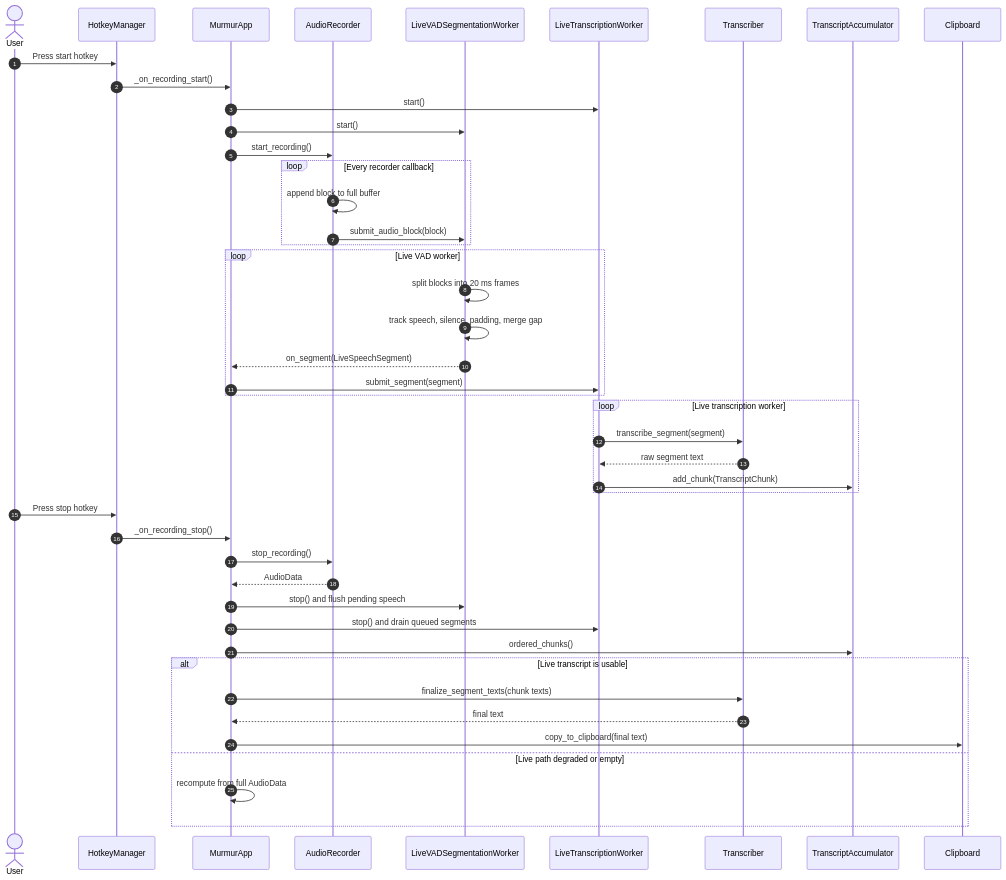
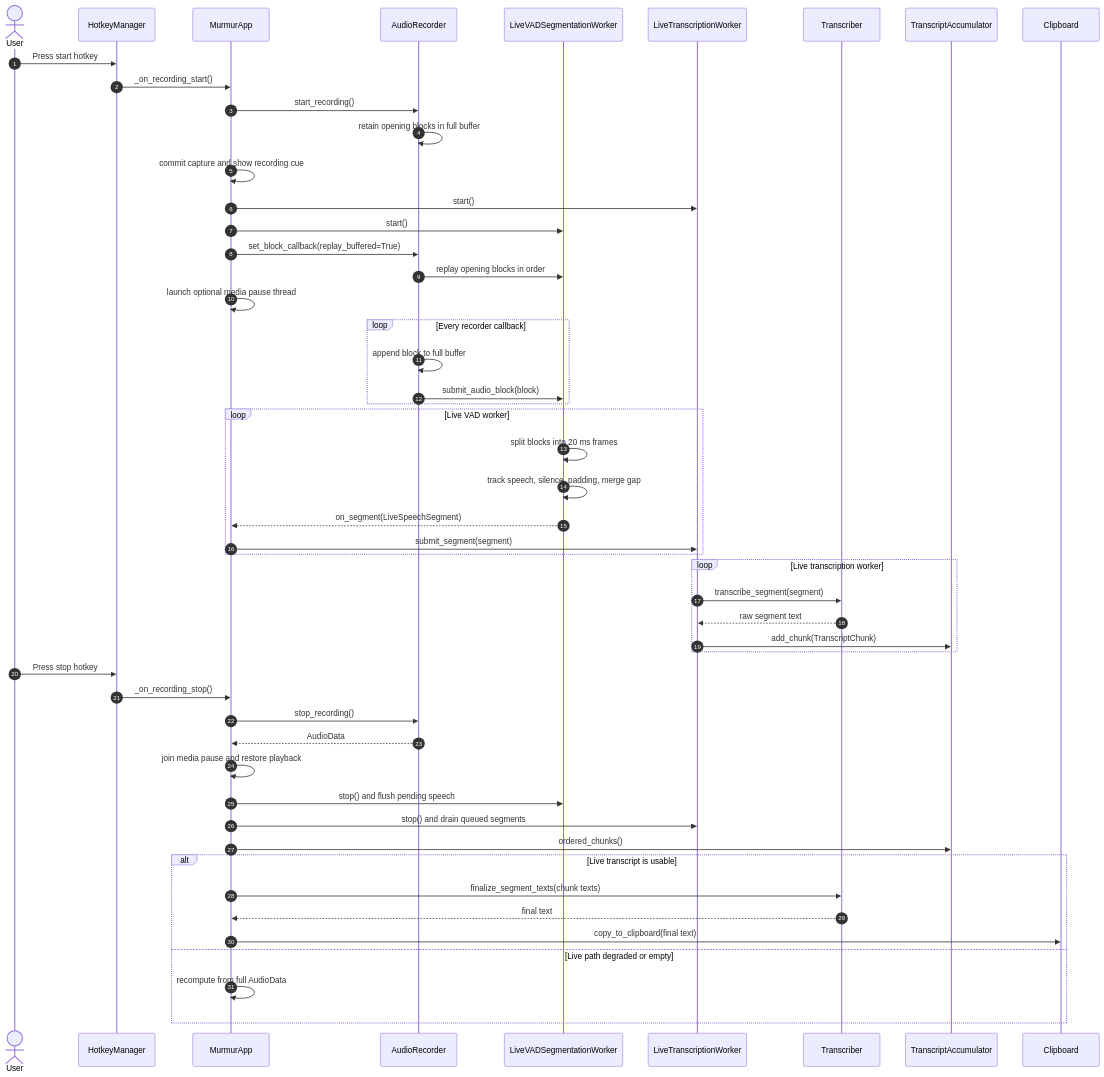
One commit to laceyp99/murmur changed the first of 2 diagrams in docs/live-pipeline.md. Above: the diagram before and after it, drawn with Mermaid. The commit also changed other lines of this file and 6 other files, not shown here.

Commit message:
fix(capture): open microphone before optional preparation

````diff
--- a/docs/live-pipeline.md
+++ b/docs/live-pipeline.md
@@ -11,53 +12,59 @@
 ```mermaid
 sequenceDiagram
     autonumber
     actor User
     participant Hotkey as HotkeyManager
     participant App as MurmurApp
     participant Recorder as AudioRecorder
     participant LiveVAD as LiveVADSegmentationWorker
     participant LiveWhisper as LiveTranscriptionWorker
     participant Transcriber as Transcriber
     participant Accumulator as TranscriptAccumulator
     participant Clipboard as Clipboard
 
     User->>Hotkey: Press start hotkey
     Hotkey->>App: _on_recording_start()
+    App->>Recorder: start_recording()
+    Recorder->>Recorder: retain opening blocks in full buffer
+    App->>App: commit capture and show recording cue
     App->>LiveWhisper: start()
     App->>LiveVAD: start()
-    App->>Recorder: start_recording()
+    App->>Recorder: set_block_callback(replay_buffered=True)
+    Recorder->>LiveVAD: replay opening blocks in order
+    App->>App: launch optional media pause thread
 
     loop Every recorder callback
         Recorder->>Recorder: append block to full buffer
         Recorder->>LiveVAD: submit_audio_block(block)
     end
 
     loop Live VAD worker
         LiveVAD->>LiveVAD: split blocks into 20 ms frames
         LiveVAD->>LiveVAD: track speech, silence, padding, merge gap
         LiveVAD-->>App: on_segment(LiveSpeechSegment)
         App->>LiveWhisper: submit_segment(segment)
     end
 
     loop Live transcription worker
         LiveWhisper->>Transcriber: transcribe_segment(segment)
         Transcriber-->>LiveWhisper: raw segment text
         LiveWhisper->>Accumulator: add_chunk(TranscriptChunk)
     end
 
     User->>Hotkey: Press stop hotkey
     Hotkey->>App: _on_recording_stop()
     App->>Recorder: stop_recording()
     Recorder-->>App: AudioData
+    App->>App: join media pause and restore playback
     App->>LiveVAD: stop() and flush pending speech
     App->>LiveWhisper: stop() and drain queued segments
     App->>Accumulator: ordered_chunks()
 
     alt Live transcript is usable
         App->>Transcriber: finalize_segment_texts(chunk texts)
         Transcriber-->>App: final text
         App->>Clipboard: copy_to_clipboard(final text)
     else Live path degraded or empty
         App->>App: recompute from full AudioData
     end
 ```
````
